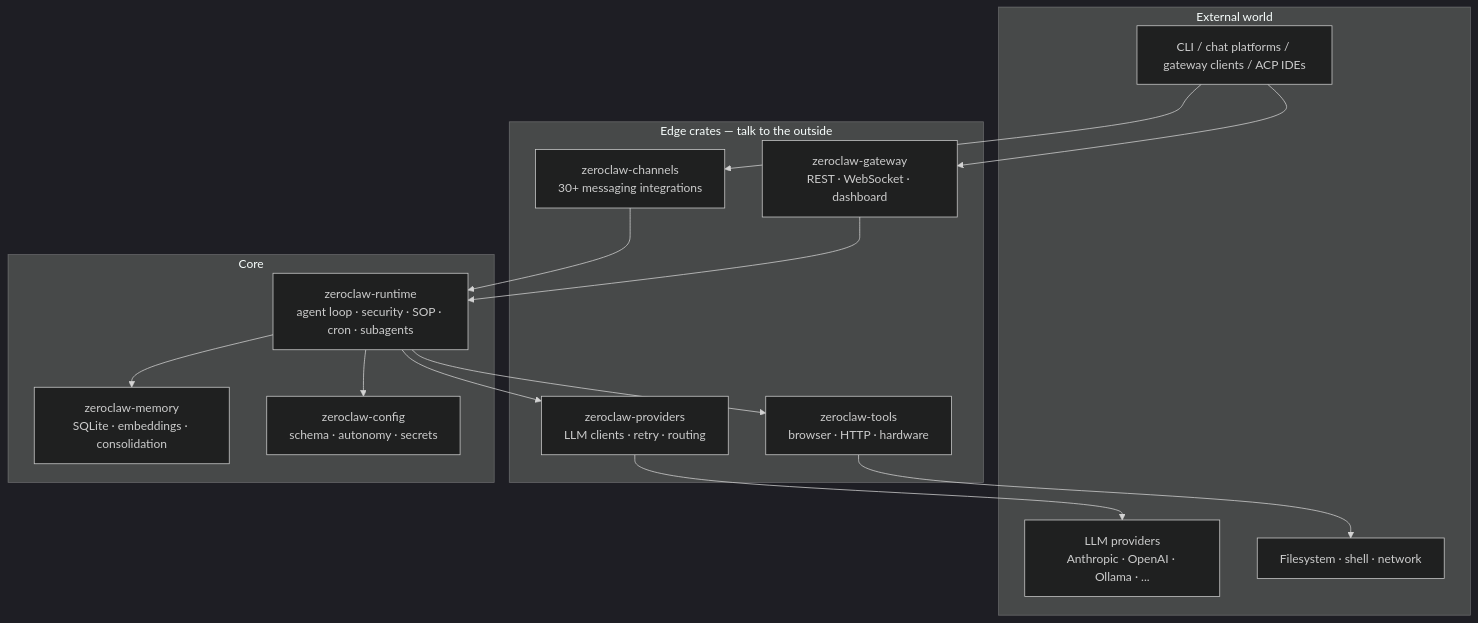
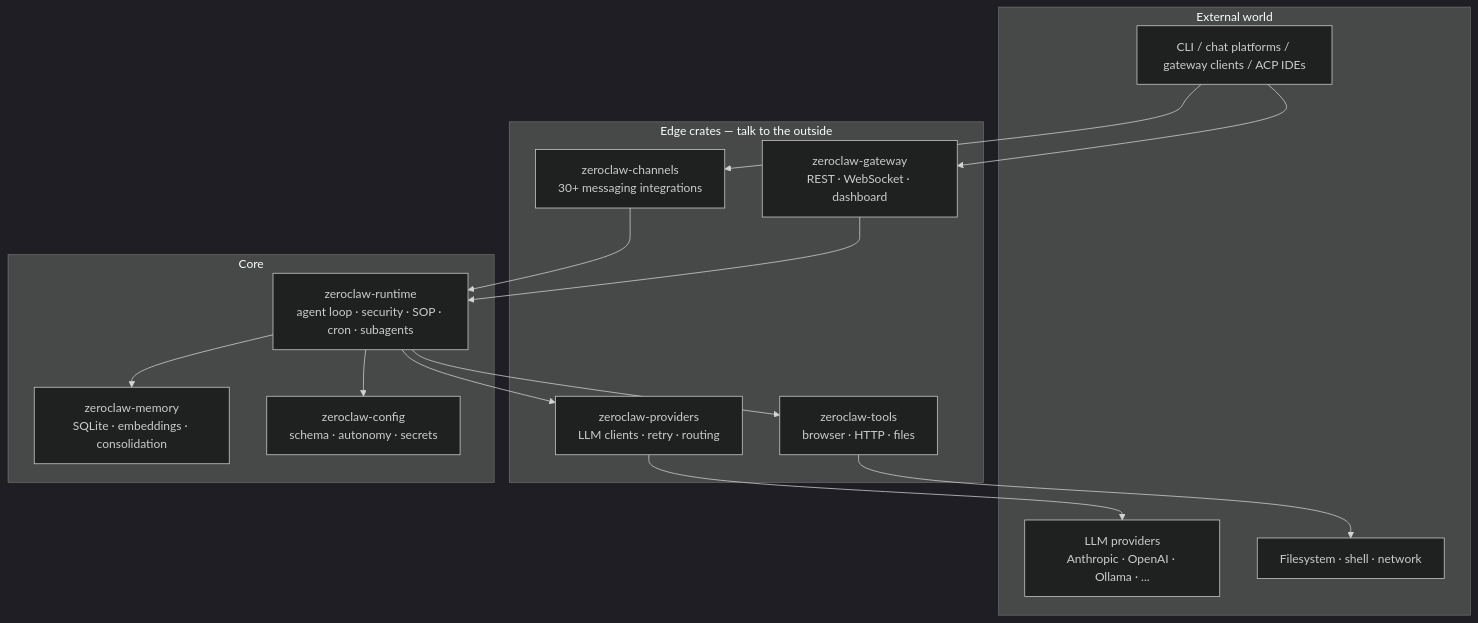
One commit to kckylechen1/zeroclaw changed the first of 2 diagrams in docs/book/src/architecture/overview.md. Above: the diagram before and after it, drawn with Mermaid (dark theme). The commit also changed other lines of this file and 377 other files, not shown here.

First line of the commit message:
refactor(core): retire robot-kit, WASM plugins, hardware, SaaS tools, OTel, postgres/qdrant and native browser (#418)

````diff
--- a/docs/book/src/architecture/overview.md
+++ b/docs/book/src/architecture/overview.md
@@ -7,32 +7,32 @@
 ```mermaid
 flowchart TB
     subgraph External["External world"]
         UI["CLI / chat platforms / gateway clients / ACP IDEs"]
         LLM["LLM providers<br/>Anthropic · OpenAI · Ollama · ..."]
         FS["Filesystem · shell · network"]
     end
 
     subgraph Edges["Edge crates — talk to the outside"]
         CH["zeroclaw-channels<br/>30+ messaging integrations"]
         GW["zeroclaw-gateway<br/>REST · WebSocket · dashboard"]
         PR["zeroclaw-providers<br/>LLM clients · retry · routing"]
-        TL["zeroclaw-tools<br/>browser · HTTP · hardware"]
+        TL["zeroclaw-tools<br/>browser · HTTP · files"]
     end
 
     subgraph Core["Core"]
         RT["zeroclaw-runtime<br/>agent loop · security · SOP · cron · subagents"]
         MEM["zeroclaw-memory<br/>SQLite · embeddings · consolidation"]
         CFG["zeroclaw-config<br/>schema · autonomy · secrets"]
     end
 
     UI --> CH
     UI --> GW
     CH --> RT
     GW --> RT
     RT --> PR
     RT --> TL
     RT --> MEM
     RT --> CFG
     PR --> LLM
     TL --> FS
 ```
````
